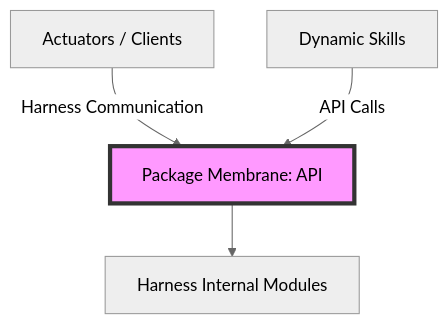
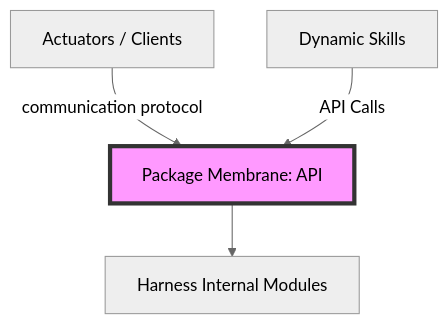
The diagram in literate/package.org (amrgharbeia/opencortex), drawn with Mermaid (neutral theme) before and after one commit. The commit also changed other lines of this file and 17 other files, not shown here.

```diff
--- a/literate/package.org
+++ b/literate/package.org
@@ -12,7 +12,7 @@
 #+begin_src mermaid
 flowchart TD
-    External[Actuators / Clients] -- Harness Communication --> Package[Package Membrane: API]
+    External[Actuators / Clients] -- communication protocol --> Package[Package Membrane: API]
     Skills[Dynamic Skills] -- API Calls --> Package
     Package --> Internal[Harness Internal Modules]
     style Package fill:#f9f,stroke:#333,stroke-width:4px
 #+end_src
```
